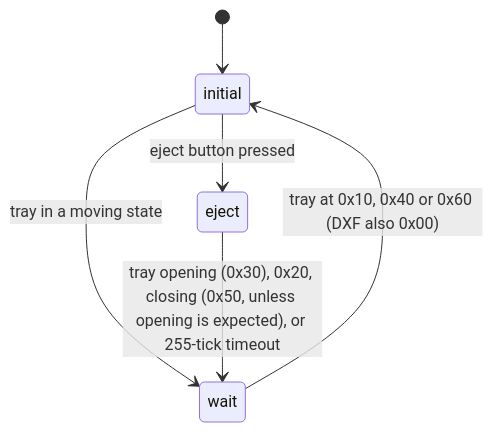
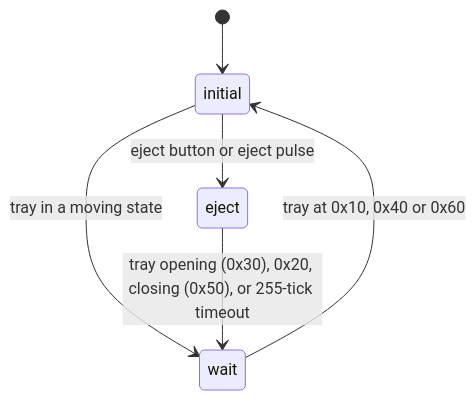
One commit to edlf/xbox_pico_smc changed the fourth of 4 diagrams in docs/state-machines/dvd_tray.md. Above: the diagram before and after it, drawn with Mermaid. The commit also changed other lines of this file and 11 other files, not shown here.

````diff
--- a/docs/state-machines/dvd_tray.md
+++ b/docs/state-machines/dvd_tray.md
@@ -73,8 +77,8 @@
 ```mermaid
 stateDiagram-v2
     [*] --> initial
-    initial --> eject: eject button pressed
+    initial --> eject: eject button or eject pulse
     initial --> wait: tray in a moving state
-    wait --> initial: tray at 0x10, 0x40 or 0x60 (DXF also 0x00)
-    eject --> wait: tray opening (0x30), 0x20, closing (0x50, unless opening is expected), or 255-tick timeout
+    wait --> initial: tray at 0x10, 0x40 or 0x60
+    eject --> wait: tray opening (0x30), 0x20, closing (0x50), or 255-tick timeout
 ```
````
